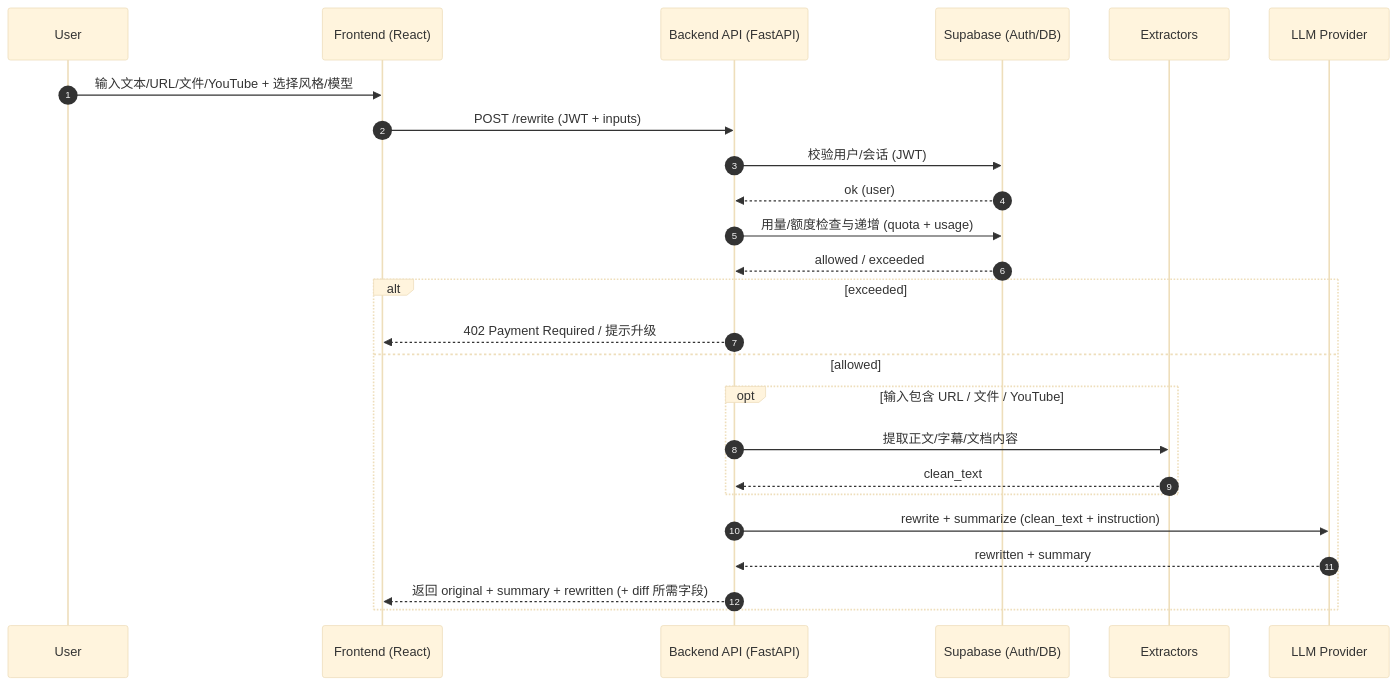
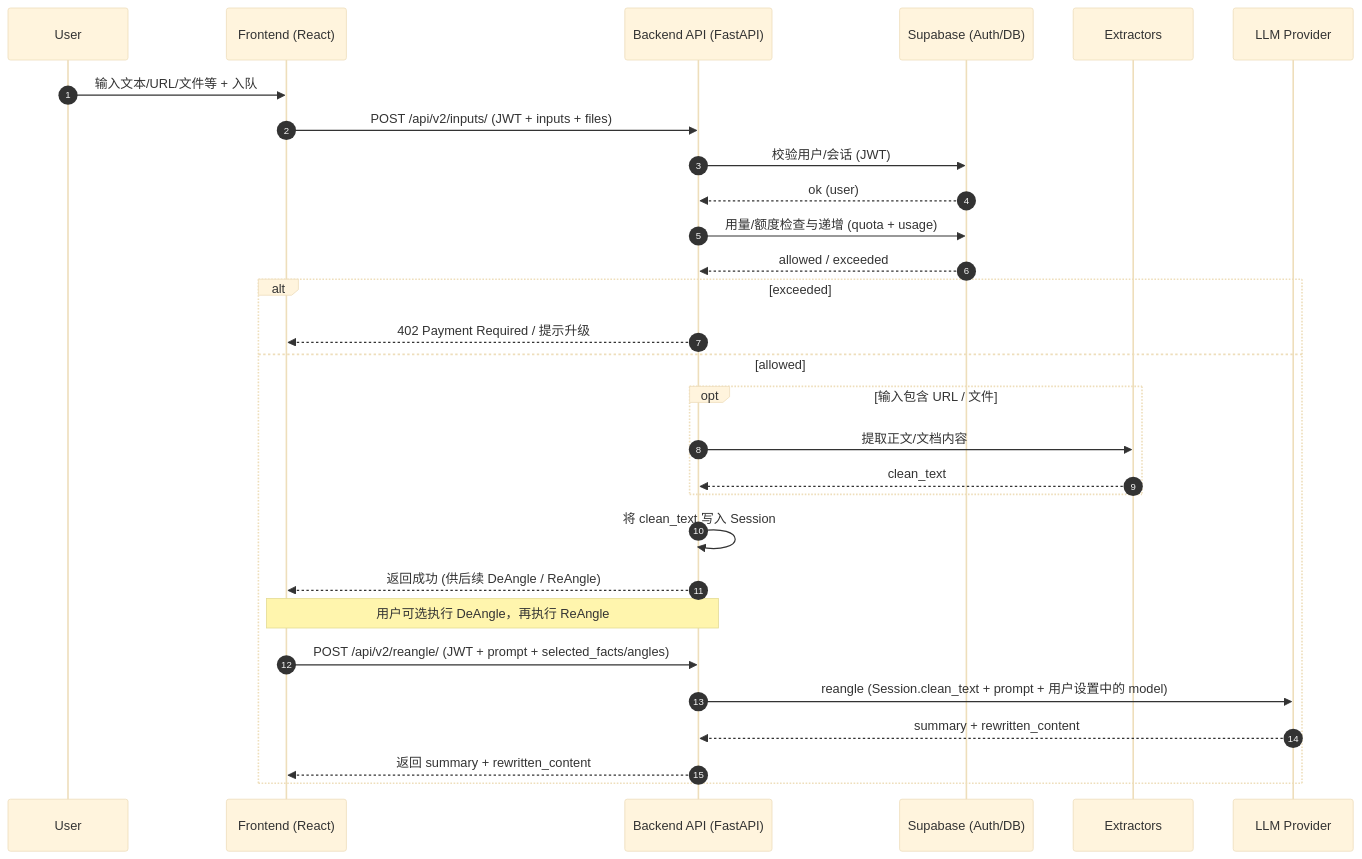
Before and after one commit to birdy-nyquiste/ReAngle: the diagram in docs/diagrams/sequence_core.md, drawn with Mermaid (base theme). The commit also changed 21 other files, not shown here.

````diff
--- a/docs/diagrams/sequence_core.md
+++ b/docs/diagrams/sequence_core.md
@@ -3,33 +3,36 @@
 ```mermaid
 sequenceDiagram
   autonumber
   participant U as User
   participant FE as Frontend (React)
   participant API as Backend API (FastAPI)
   participant SB as Supabase (Auth/DB)
   participant EXT as Extractors
   participant LLM as LLM Provider
 
-  U->>FE: 输入文本/URL/文件/YouTube + 选择风格/模型
-  FE->>API: POST /rewrite (JWT + inputs)
+  U->>FE: 输入文本/URL/文件等 + 入队
+  FE->>API: POST /api/v2/inputs/ (JWT + inputs + files)
 
   API->>SB: 校验用户/会话 (JWT)
   SB-->>API: ok (user)
 
   API->>SB: 用量/额度检查与递增 (quota + usage)
   SB-->>API: allowed / exceeded
 
   alt exceeded
     API-->>FE: 402 Payment Required / 提示升级
   else allowed
-    opt 输入包含 URL / 文件 / YouTube
-      API->>EXT: 提取正文/字幕/文档内容
+    opt 输入包含 URL / 文件
+      API->>EXT: 提取正文/文档内容
       EXT-->>API: clean_text
     end
+    API->>API: 将 clean_text 写入 Session
+    API-->>FE: 返回成功 (供后续 DeAngle / ReAngle)
 
-    API->>LLM: rewrite + summarize (clean_text + instruction)
-    LLM-->>API: rewritten + summary
-
-    API-->>FE: 返回 original + summary + rewritten (+ diff 所需字段)
+    Note over FE,API: 用户可选执行 DeAngle，再执行 ReAngle
+    FE->>API: POST /api/v2/reangle/ (JWT + prompt + selected_facts/angles)
+    API->>LLM: reangle (Session.clean_text + prompt + 用户设置中的 model)
+    LLM-->>API: summary + rewritten_content
+    API-->>FE: 返回 summary + rewritten_content
   end
 ```
````
